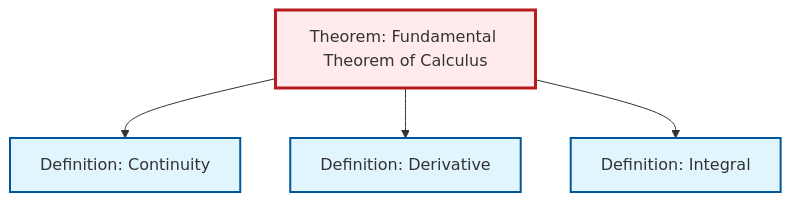
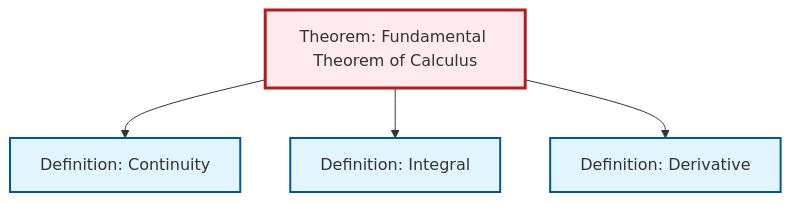
The diagram in content/en/analysis/thm-fundamental-calculus.qmd (RK0429/ModernMath), drawn with Mermaid before and after one commit. The commit also changed other lines of this file and 1012 other files, not shown here.

````diff
--- a/content/en/analysis/thm-fundamental-calculus.qmd
+++ b/content/en/analysis/thm-fundamental-calculus.qmd
@@ -141,20 +141,20 @@
 ```{mermaid}
 %%| fig-cap: "Local dependency graph"
 graph TD
     classDef definition fill:#e1f5fe,stroke:#01579b,stroke-width:2px
     classDef theorem fill:#f3e5f5,stroke:#4a148c,stroke-width:2px
     classDef axiom fill:#fff3e0,stroke:#e65100,stroke-width:2px
     classDef example fill:#e8f5e9,stroke:#1b5e20,stroke-width:2px
     classDef current fill:#ffebee,stroke:#b71c1c,stroke-width:3px
+    def-continuity["Definition: Continuity"]:::definition
     def-integral["Definition: Integral"]:::definition
+    def-derivative["Definition: Derivative"]:::definition
     thm-fundamental-calculus["Theorem: Fundamental Theorem of Calculus"]:::theorem
-    def-derivative["Definition: Derivative"]:::definition
-    def-continuity["Definition: Continuity"]:::definition
     thm-fundamental-calculus --> def-continuity
+    thm-fundamental-calculus --> def-integral
     thm-fundamental-calculus --> def-derivative
-    thm-fundamental-calculus --> def-integral
     class thm-fundamental-calculus current
+    click def-continuity "def-continuity.html" "Go to Continuity definition"
     click def-integral "def-integral.html" "Go to Integral definition"
     click def-derivative "def-derivative.html" "Go to Derivative definition"
-    click def-continuity "def-continuity.html" "Go to Continuity definition"
 ```
````
